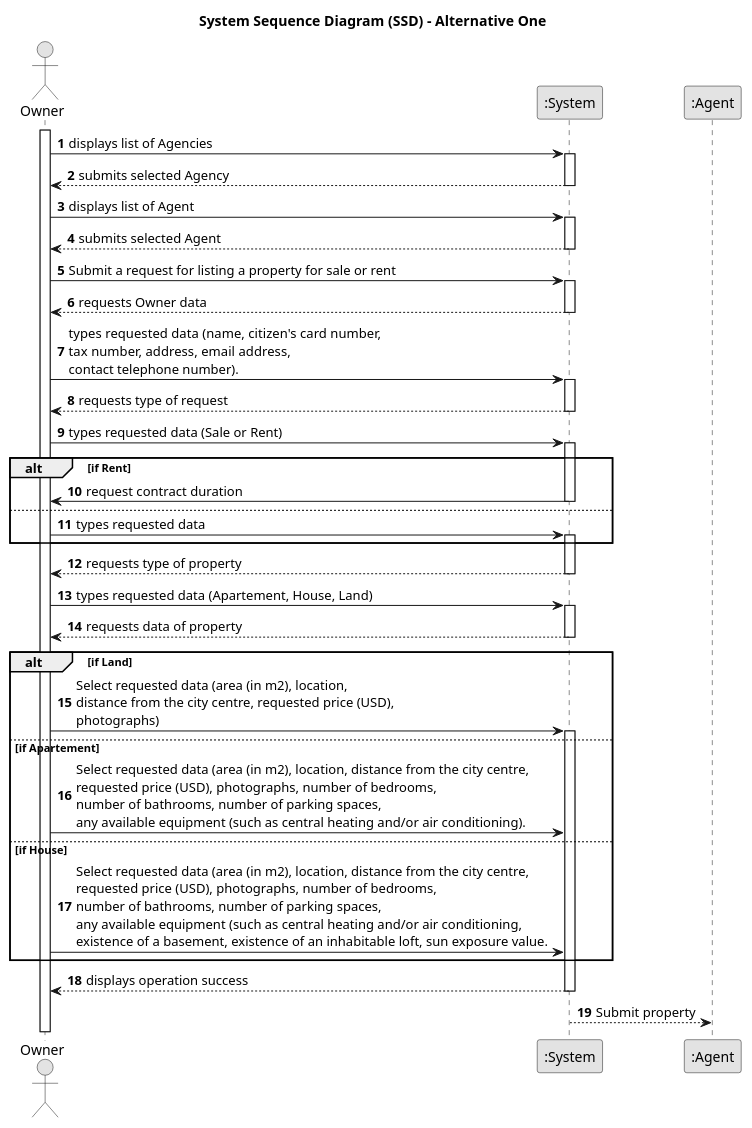
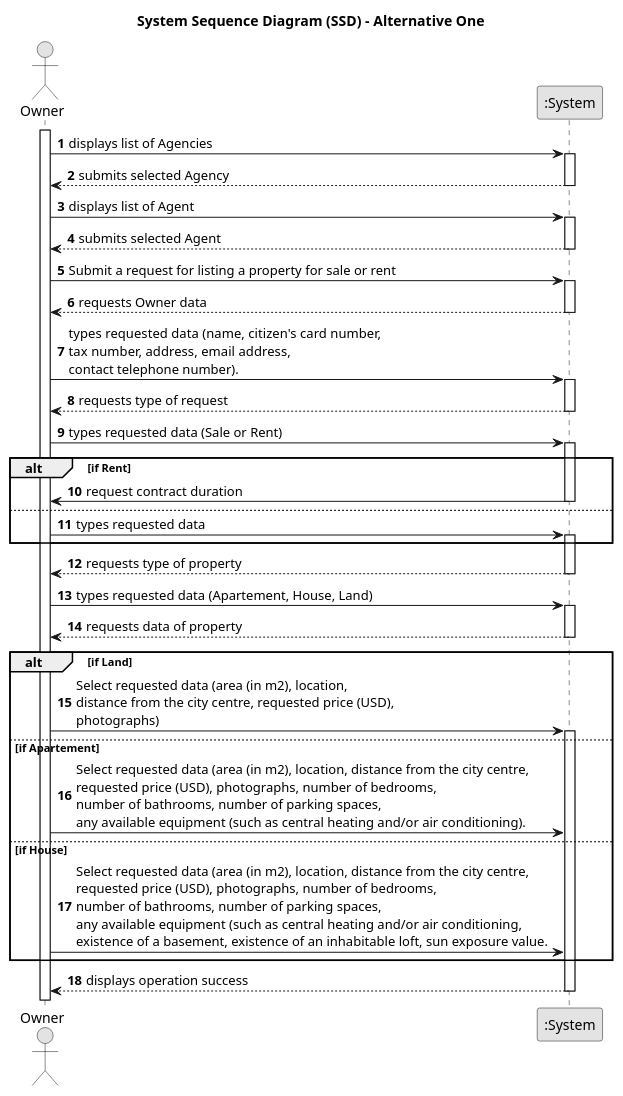
Before and after one commit to Goncalves2525/real-estate-management-system: the diagram in docs/sprintB/us004/01.requirements-engineering/puml/us004-system-sequence-diagram-alternative-one.puml, drawn with PlantUML. The commit also changed 1 other file, not shown here.

```diff
--- a/docs/sprintB/us004/01.requirements-engineering/puml/us004-system-sequence-diagram-alternative-one.puml
+++ b/docs/sprintB/us004/01.requirements-engineering/puml/us004-system-sequence-diagram-alternative-one.puml
@@ -1,79 +1,76 @@
 @startuml
 skinparam monochrome true
 skinparam packageStyle rectangle
 skinparam shadowing false
 
 title System Sequence Diagram (SSD) - Alternative One
 
 autonumber
 
 actor "Owner" as Owner
 participant ":System" as System
-participant ":Agent" as Agent
 
 activate Owner
 
         Owner -> System : displays list of Agencies
     activate System
 
         System --> Owner :submits selected Agency
     deactivate System
 
         Owner -> System :displays list of Agent
      activate System
 
         System --> Owner: submits selected Agent
      deactivate System
 
         Owner -> System : Submit a request for listing a property for sale or rent
     activate System
 
         System --> Owner : requests Owner data
     deactivate System
 
         Owner -> System : types requested data (name, citizen's card number, \ntax number, address, email address, \ncontact telephone number).
     activate System
 
         System --> Owner : requests type of request
     deactivate System
 
 
         Owner -> System : types requested data (Sale or Rent)
     activate System
 
 
     alt if Rent
 
         System -> Owner: request contract duration
         deactivate System
     else
         Owner -> System: types requested data
         activate System
     end
 
         System --> Owner : requests type of property
     deactivate System
 
         Owner -> System : types requested data (Apartement, House, Land)
     activate System
 
             System --> Owner : requests data of property
     deactivate System
 
     alt if Land
 
         Owner -> System: Select requested data (area (in m2), location, \ndistance from the city centre, requested price (USD), \nphotographs)
     activate System
     else if Apartement
         Owner -> System: Select requested data (area (in m2), location, distance from the city centre, \nrequested price (USD), photographs, number of bedrooms,\nnumber of bathrooms, number of parking spaces,\nany available equipment (such as central heating and/or air conditioning).
     else if House
         Owner -> System: Select requested data (area (in m2), location, distance from the city centre, \nrequested price (USD), photographs, number of bedrooms,\nnumber of bathrooms, number of parking spaces,\nany available equipment (such as central heating and/or air conditioning, \nexistence of a basement, existence of an inhabitable loft, sun exposure value.
     end
 
         System --> Owner : displays operation success
     deactivate System
 
-        System --> Agent : Submit property
-    deactivate System
 
 @enduml
```
